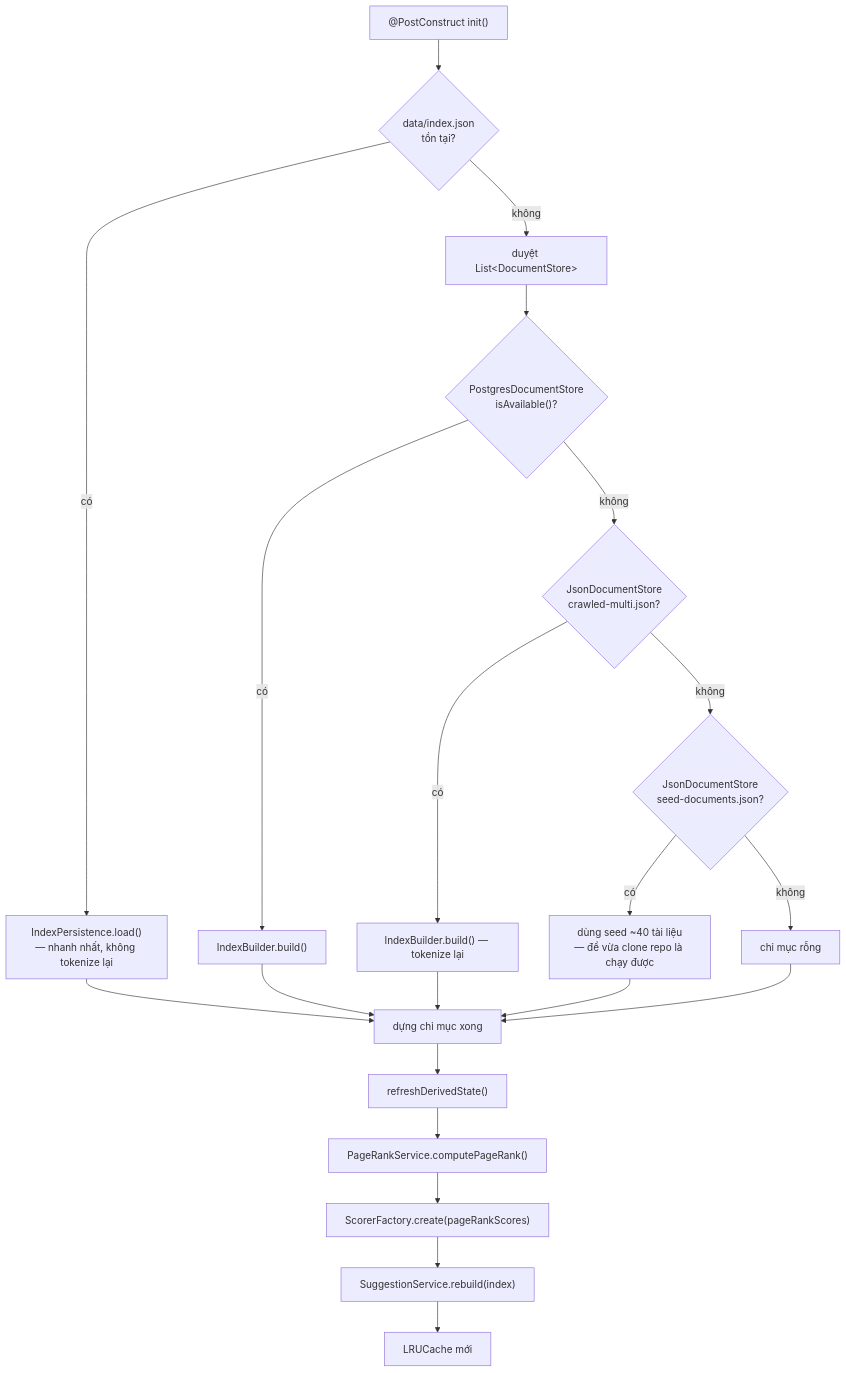
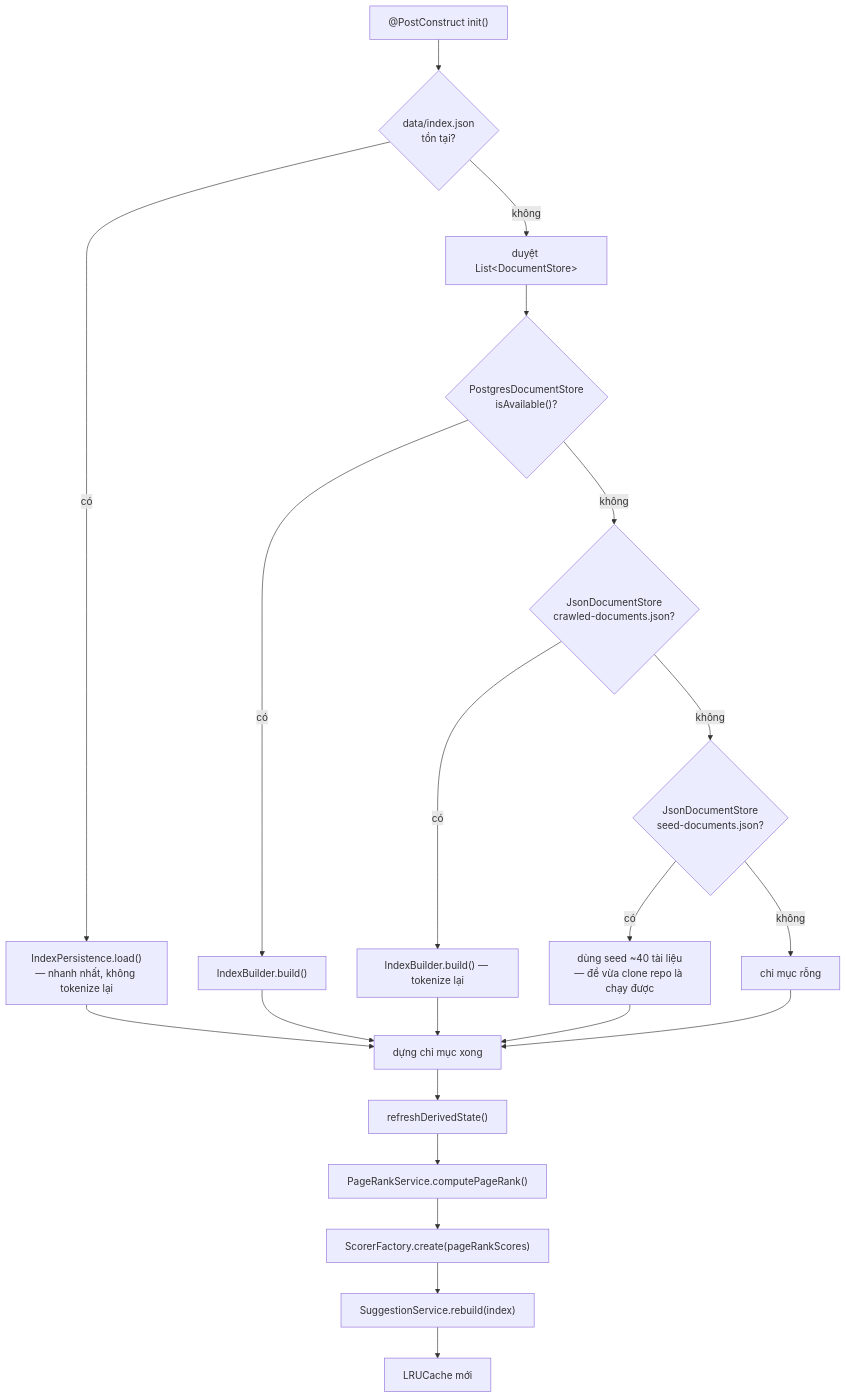
The seventh of 7 diagrams in docs/ARCHITECTURE.md (KietAnhCS/CocCoc-Plus), drawn with Mermaid before and after one commit. The commit also changed other lines of this file and 73 other files, not shown here.

First line of the commit message:
docs: fix drift and add diagrams (#22)

````diff
--- a/docs/ARCHITECTURE.md
+++ b/docs/ARCHITECTURE.md
@@ -751,23 +750,23 @@
 ```mermaid
 flowchart TD
     Start["@PostConstruct init()"] --> IndexJson{"data/index.json<br/>tồn tại?"}
     IndexJson -->|có| Load["IndexPersistence.load()<br/>— nhanh nhất, không tokenize lại"]
     IndexJson -->|không| Chain["duyệt List&lt;DocumentStore&gt;"]
     Chain --> PG{"PostgresDocumentStore<br/>isAvailable()?"}
     PG -->|có| Build0["IndexBuilder.build()"]
-    PG -->|không| Crawled{"JsonDocumentStore<br/>crawled-multi.json?"}
+    PG -->|không| Crawled{"JsonDocumentStore<br/>crawled-documents.json?"}
     Crawled -->|có| Build1["IndexBuilder.build() — tokenize lại"]
     Crawled -->|không| SeedJson{"JsonDocumentStore<br/>seed-documents.json?"}
     SeedJson -->|có| Build2["dùng seed ~40 tài liệu<br/>— để vừa clone repo là chạy được"]
     SeedJson -->|không| Empty["chỉ mục rỗng"]
     Load --> Done["dựng chỉ mục xong"]
     Build0 --> Done
     Build1 --> Done
     Build2 --> Done
     Empty --> Done
     Done --> Refresh["refreshDerivedState()"]
     Refresh --> PR["PageRankService.computePageRank()"]
     PR --> Fact["ScorerFactory.create(pageRankScores)"]
     Fact --> TrieB["SuggestionService.rebuild(index)"]
     TrieB --> CacheR["LRUCache mới"]
 ```
````
